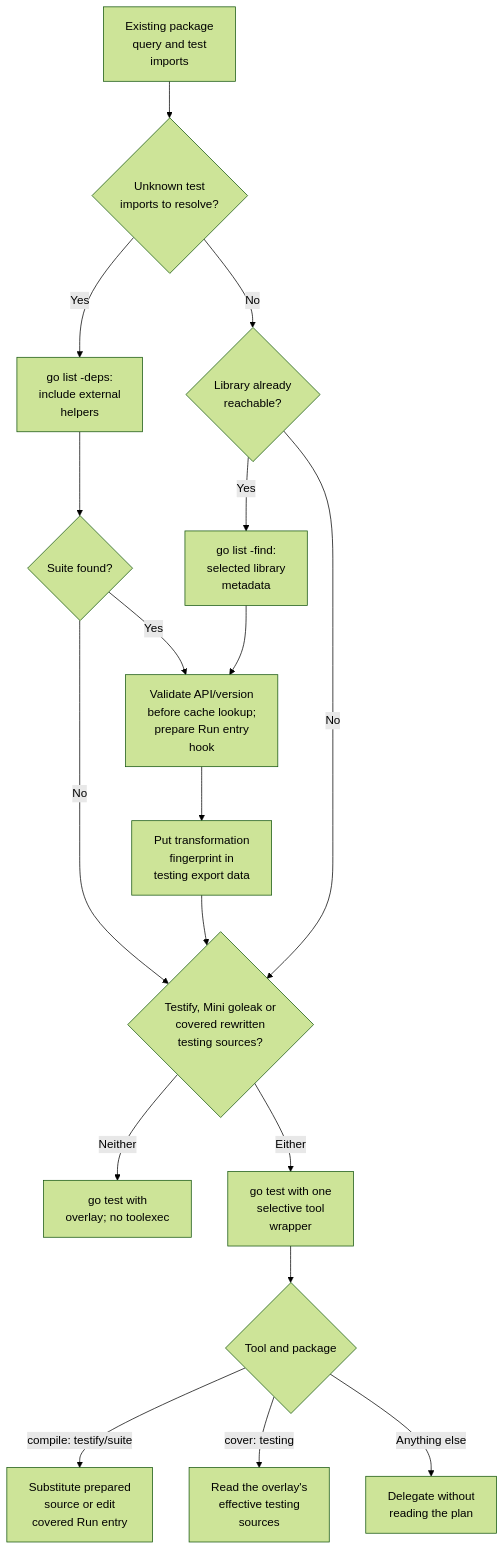
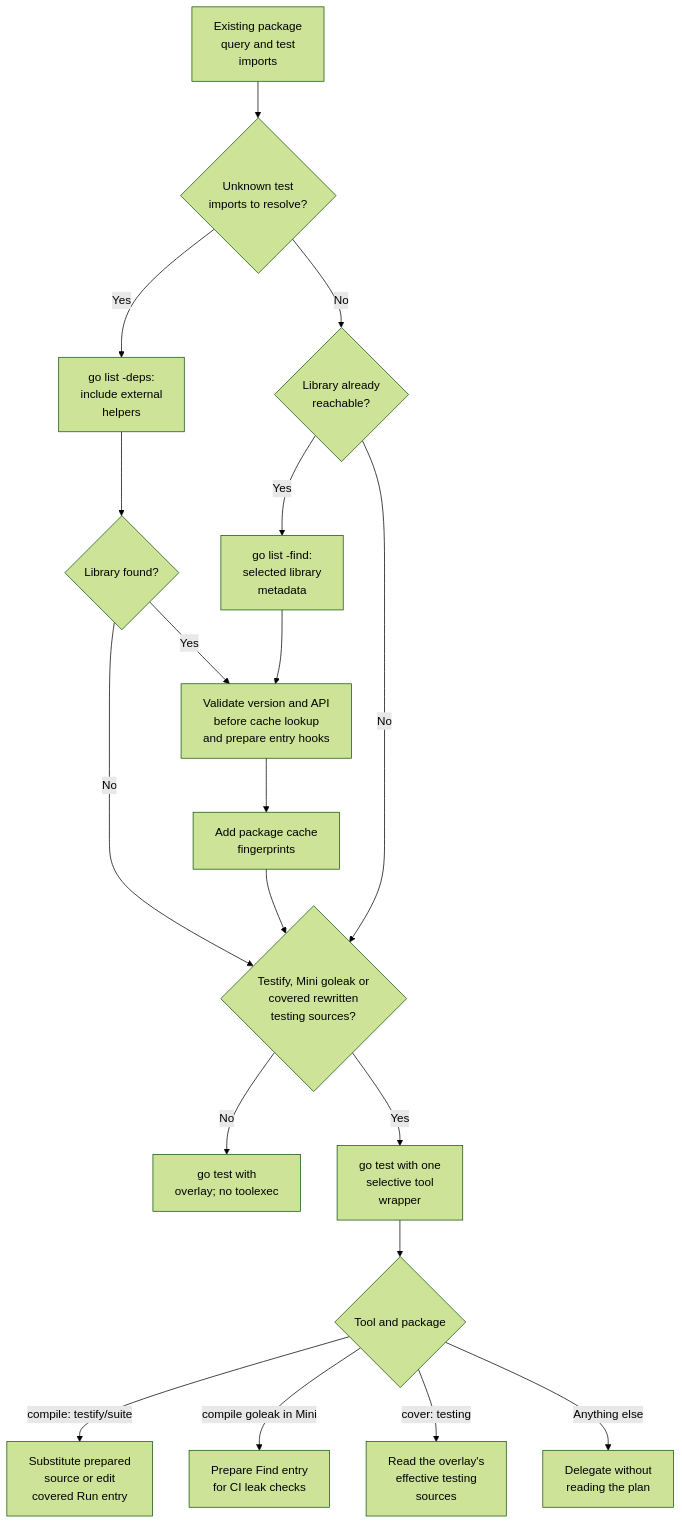
One commit to tonyredondo/dd-ci-testing-poc changed the first of 2 diagrams in docs/testify.md. Above: the diagram before and after it, drawn with Mermaid (forest theme). The commit also changed 30 other files, not shown here.

````diff
--- a/docs/testify.md
+++ b/docs/testify.md
@@ -16,20 +16,21 @@
 ```mermaid
 flowchart TD
     Resolve["Existing package<br/>query and test<br/>imports"] --> Unknown{"Unknown test<br/>imports to resolve?"}
     Unknown -->|Yes| Deps["go list -deps:<br/>include external<br/>helpers"]
     Unknown -->|No| Known{"Library already<br/>reachable?"}
     Known -->|Yes| Find["go list -find:<br/>selected library<br/>metadata"]
     Known -->|No| Coverage
-    Deps --> Found{"Suite found?"}
+    Deps --> Found{"Library found?"}
     Found -->|No| Coverage
-    Found -->|Yes| Prepare["Validate API/version<br/>before cache lookup;<br/>prepare Run entry<br/>hook"]
+    Found -->|Yes| Prepare["Validate version and API<br/>before cache lookup<br/>and prepare entry hooks"]
     Find --> Prepare
-    Prepare --> Fingerprint["Put transformation<br/>fingerprint in<br/>testing export data"]
+    Prepare --> Fingerprint["Add package cache<br/>fingerprints"]
     Fingerprint --> Coverage{"Testify, Mini goleak or<br/>covered rewritten<br/>testing sources?"}
-    Coverage -->|Neither| Native["go test with<br/>overlay; no toolexec"]
-    Coverage -->|Either| Tool["go test with one<br/>selective tool<br/>wrapper"]
+    Coverage -->|No| Native["go test with<br/>overlay; no toolexec"]
+    Coverage -->|Yes| Tool["go test with one<br/>selective tool<br/>wrapper"]
     Tool --> Dispatch{"Tool and package"}
     Dispatch -->|compile: testify/suite| Entry["Substitute prepared<br/>source or edit<br/>covered Run entry"]
+    Dispatch -->|compile goleak in Mini| Goleak["Prepare Find entry<br/>for CI leak checks"]
     Dispatch -->|cover: testing| Bridge["Read the overlay's<br/>effective testing<br/>sources"]
     Dispatch -->|Anything else| Bypass["Delegate without<br/>reading the plan"]
 ```
````
